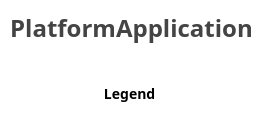
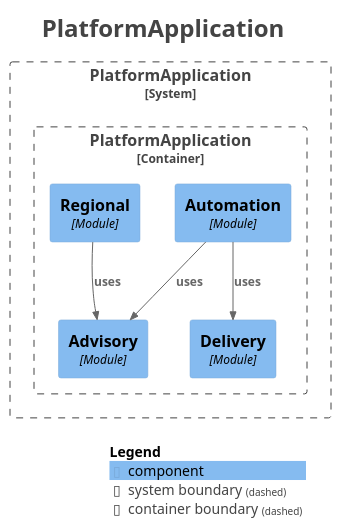
One commit to youssefBM2104/2bgreen changed the diagram in docs/architecture/components.puml. Above: the diagram before and after it, drawn with PlantUML. The commit also changed 39 other files, not shown here.

```diff
--- a/docs/architecture/components.puml
+++ b/docs/architecture/components.puml
@@ -1,19 +1,34 @@
 @startuml
 title <size:24>PlatformApplication</size>
 
 set separator none
 top to bottom direction
 
 <style>
   root {
     BackgroundColor: #ffffff
     FontColor: #444444
   }
 </style>
 
 !include <C4/C4>
 !include <C4/C4_Context>
+!include <C4/C4_Component>
+
+System_Boundary("PlatformApplication_boundary", "PlatformApplication", $tags="") {
+  Container_Boundary("PlatformApplication.PlatformApplication_boundary", "PlatformApplication", $tags="") {
+    Component(PlatformApplication.PlatformApplication.Advisory, "Advisory", $techn="Module", $descr="", $tags="", $link="")
+    Component(PlatformApplication.PlatformApplication.Delivery, "Delivery", $techn="Module", $descr="", $tags="", $link="")
+    Component(PlatformApplication.PlatformApplication.Automation, "Automation", $techn="Module", $descr="", $tags="", $link="")
+    Component(PlatformApplication.PlatformApplication.Regional, "Regional", $techn="Module", $descr="", $tags="", $link="")
+  }
+
+}
+
+Rel(PlatformApplication.PlatformApplication.Automation, PlatformApplication.PlatformApplication.Delivery, "uses", $techn="", $tags="", $link="")
+Rel(PlatformApplication.PlatformApplication.Automation, PlatformApplication.PlatformApplication.Advisory, "uses", $techn="", $tags="", $link="")
+Rel(PlatformApplication.PlatformApplication.Regional, PlatformApplication.PlatformApplication.Advisory, "uses", $techn="", $tags="", $link="")
 
 SHOW_LEGEND(true)
 hide stereotypes
 @enduml
```
